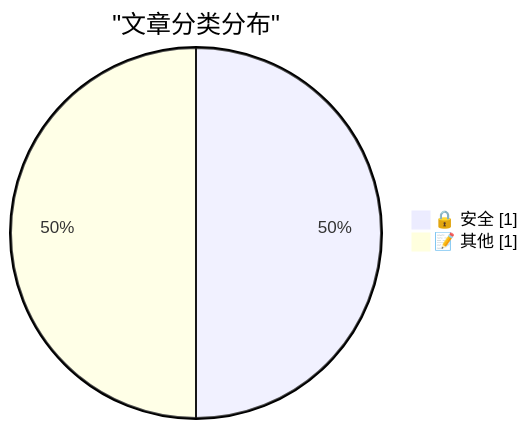
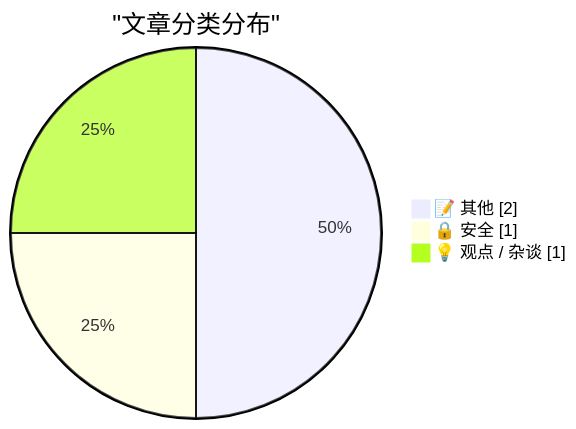
One commit to NicCraver/ai-daily-digest-web changed the first of 2 diagrams in data/digest-20260427.md. Above: the diagram before and after it, drawn with Mermaid. The commit also changed other lines of this file and 4 other files, not shown here.

````diff
--- a/data/digest-20260427.md
+++ b/data/digest-20260427.md
@@ -19,6 +53,7 @@
 ```mermaid
 pie showData
     title "文章分类分布"
+    "📝 其他" : 2
     "🔒 安全" : 1
-    "📝 其他" : 1
+    "💡 观点 / 杂谈" : 1
 ```
````
